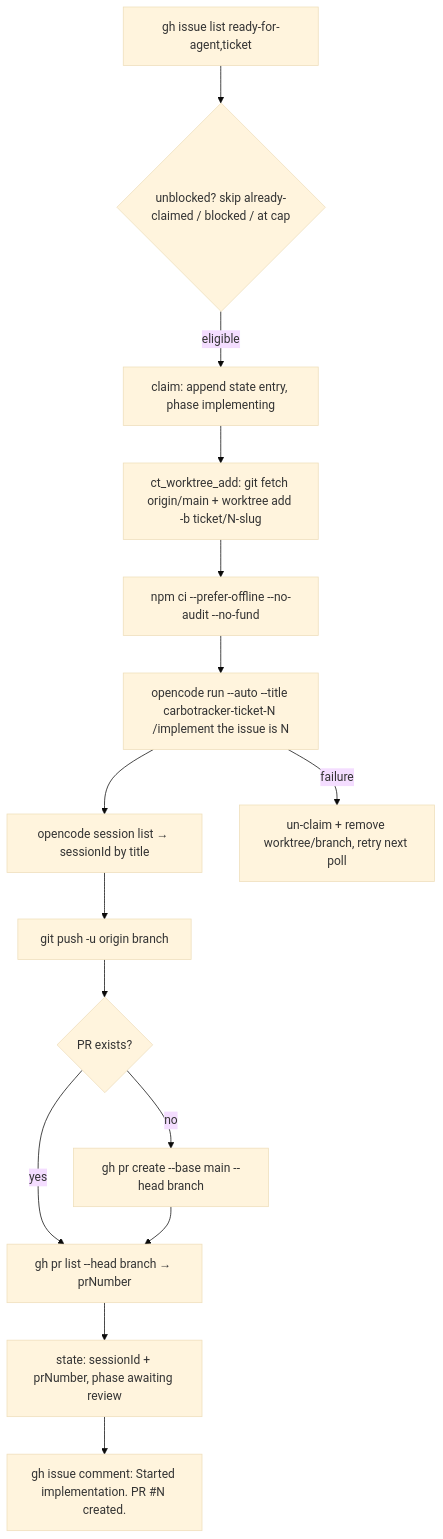
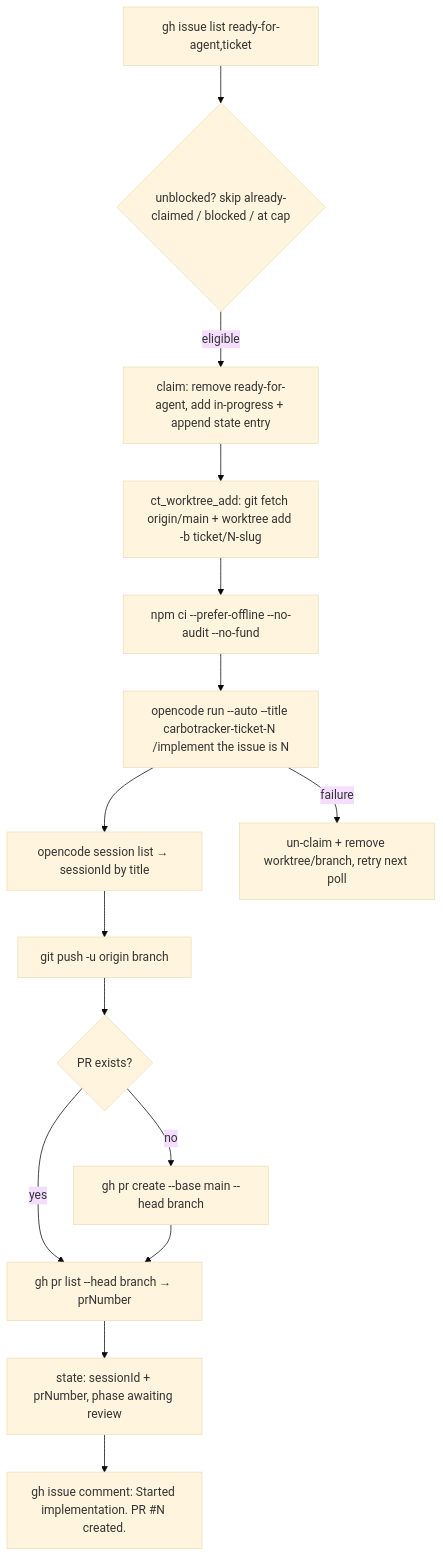
The second of 2 diagrams in tools/orchestrator.md (bemerkenswert/carbotracker), drawn with Mermaid (base theme) before and after one commit. The commit also changed other lines of this file and 4 other files, not shown here.

````diff
--- a/tools/orchestrator.md
+++ b/tools/orchestrator.md
@@ -57,17 +63,17 @@
 ```mermaid
 flowchart TD
     A[gh issue list ready-for-agent,ticket] --> B{unblocked? skip already-claimed / blocked / at cap}
-    B -- eligible --> C[claim: append state entry, phase implementing]
+    B -- eligible --> C[claim: remove ready-for-agent, add in-progress + append state entry]
     C --> D[ct_worktree_add: git fetch origin/main + worktree add -b ticket/N-slug]
     D --> E[npm ci --prefer-offline --no-audit --no-fund]
     E --> F[opencode run --auto --title carbotracker-ticket-N /implement the issue is N]
     F --> G[opencode session list → sessionId by title]
     G --> H[git push -u origin branch]
     H --> I{PR exists?}
     I -- no --> J[gh pr create --base main --head branch]
     I -- yes --> K
     J --> K[gh pr list --head branch → prNumber]
     K --> L[state: sessionId + prNumber, phase awaiting review]
     L --> M[gh issue comment: Started implementation. PR #N created.]
     F -- failure --> N[un-claim + remove worktree/branch, retry next poll]
 ```
````
